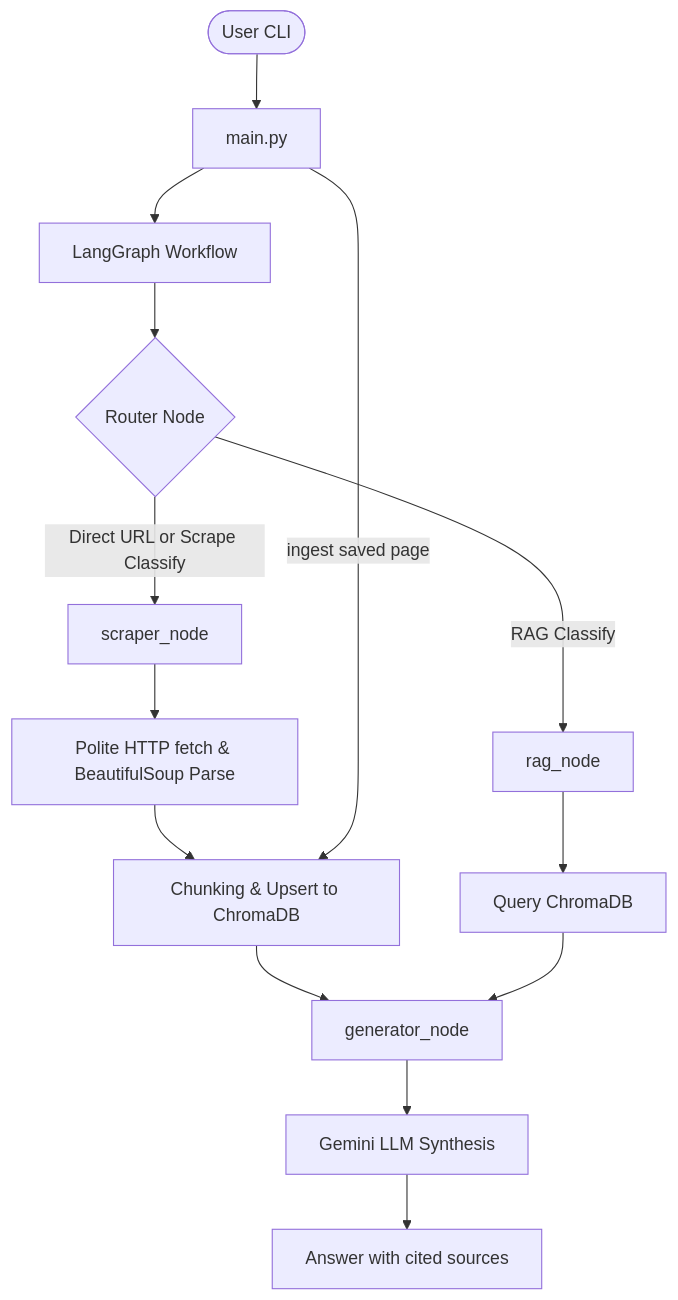
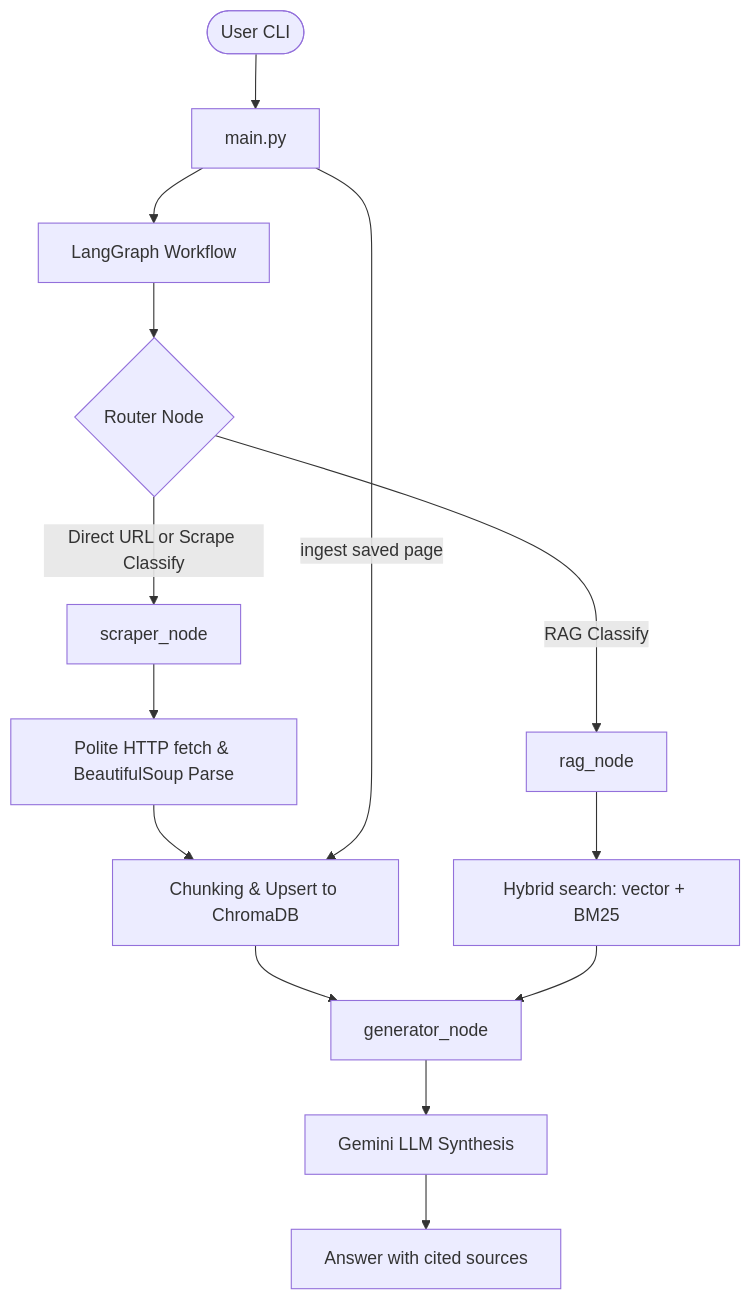
The diagram in README.md (Lolavine777/rag-scrape), drawn with Mermaid before and after one commit. The commit also changed other lines of this file and 9 other files, not shown here.

````diff
--- a/README.md
+++ b/README.md
@@ -20,16 +20,16 @@
 ```mermaid
 graph TD
     User([User CLI]) --> Main[main.py]
     Main --> Graph[LangGraph Workflow]
     Graph --> Router{Router Node}
     Router -- Direct URL or Scrape Classify --> Scraper[scraper_node]
     Router -- RAG Classify --> RAG[rag_node]
     Scraper --> Fetch[Polite HTTP fetch & BeautifulSoup Parse]
     Fetch --> Index[Chunking & Upsert to ChromaDB]
     Main -- ingest saved page --> Index
     Index --> Gen[generator_node]
-    RAG --> Query[Query ChromaDB]
+    RAG --> Query[Hybrid search: vector + BM25]
     Query --> Gen
     Gen --> Gemini[Gemini LLM Synthesis]
     Gemini --> Answer[Answer with cited sources]
 ```
````
